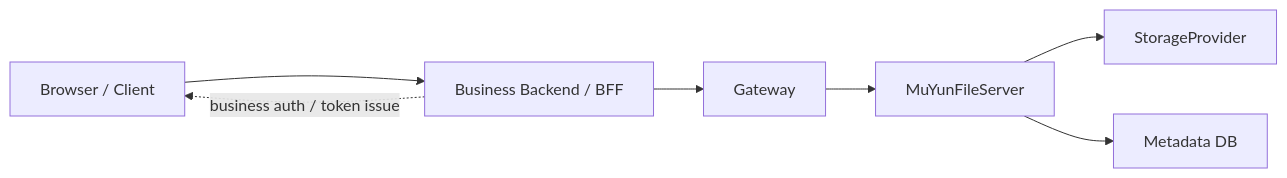
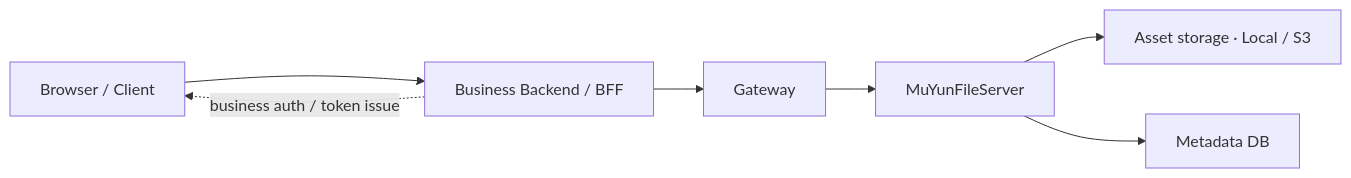
One commit to ximatai/MuYunFileserver changed the first of 5 diagrams in docs/design/server-integration.md. Above: the diagram before and after it, drawn with Mermaid. The commit also changed 5 other files, not shown here.

````diff
--- a/docs/design/server-integration.md
+++ b/docs/design/server-integration.md
@@ -41,10 +41,10 @@
 ```mermaid
 flowchart LR
     U["Browser / Client"] --> B["Business Backend / BFF"]
     B --> G["Gateway"]
     G --> F["MuYunFileServer"]
-    F --> S["StorageProvider"]
+    F --> S["Asset storage · Local / S3"]
     F --> D["Metadata DB"]
 
     B -. "business auth / token issue" .-> U
 ```
````
